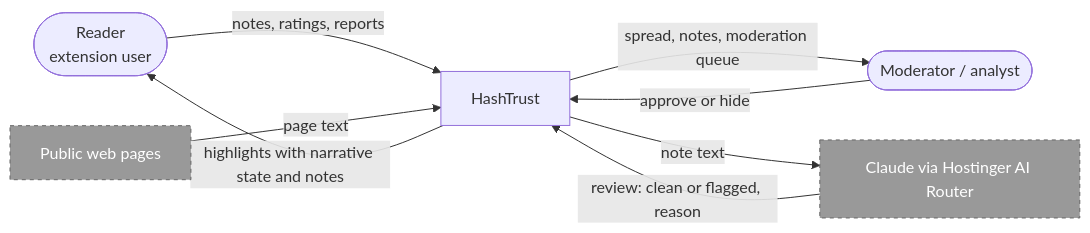
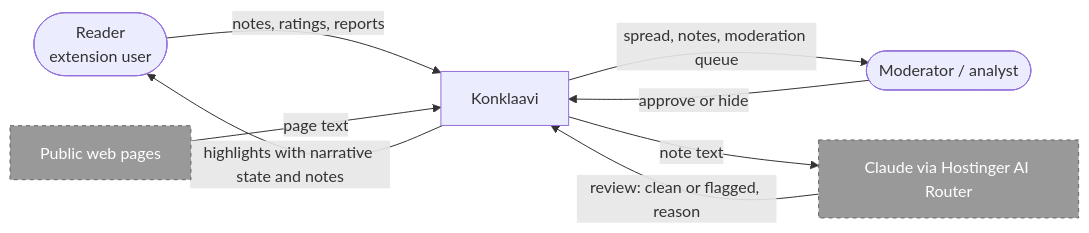
The first of 4 diagrams in docs/components.md (nlinnanen/konklaavi), drawn with Mermaid before and after one commit. The commit also changed other lines of this file and 58 other files, not shown here.

First line of the commit message:
chore: rename HashTrust to Konklaavi

````diff
--- a/docs/components.md
+++ b/docs/components.md
@@ -7,19 +7,19 @@
 ```mermaid
 flowchart LR
   Reader(["Reader<br/>extension user"])
   Mod(["Moderator / analyst"])
-  Sys["HashTrust"]
+  Sys["Konklaavi"]
   Web["Public web pages"]
   LLM["Claude via Hostinger AI Router"]
 
   Reader -->|"notes, ratings, reports"| Sys
   Sys -->|"highlights with narrative state and notes"| Reader
   Sys -->|"spread, notes, moderation queue"| Mod
   Mod -->|"approve or hide"| Sys
   Web -->|page text| Sys
   Sys -->|note text| LLM
   LLM -->|"review: clean or flagged, reason"| Sys
 
   classDef ext fill:#999,stroke:#666,stroke-dasharray:4,color:#fff
   class Web,LLM ext
 ```
````
